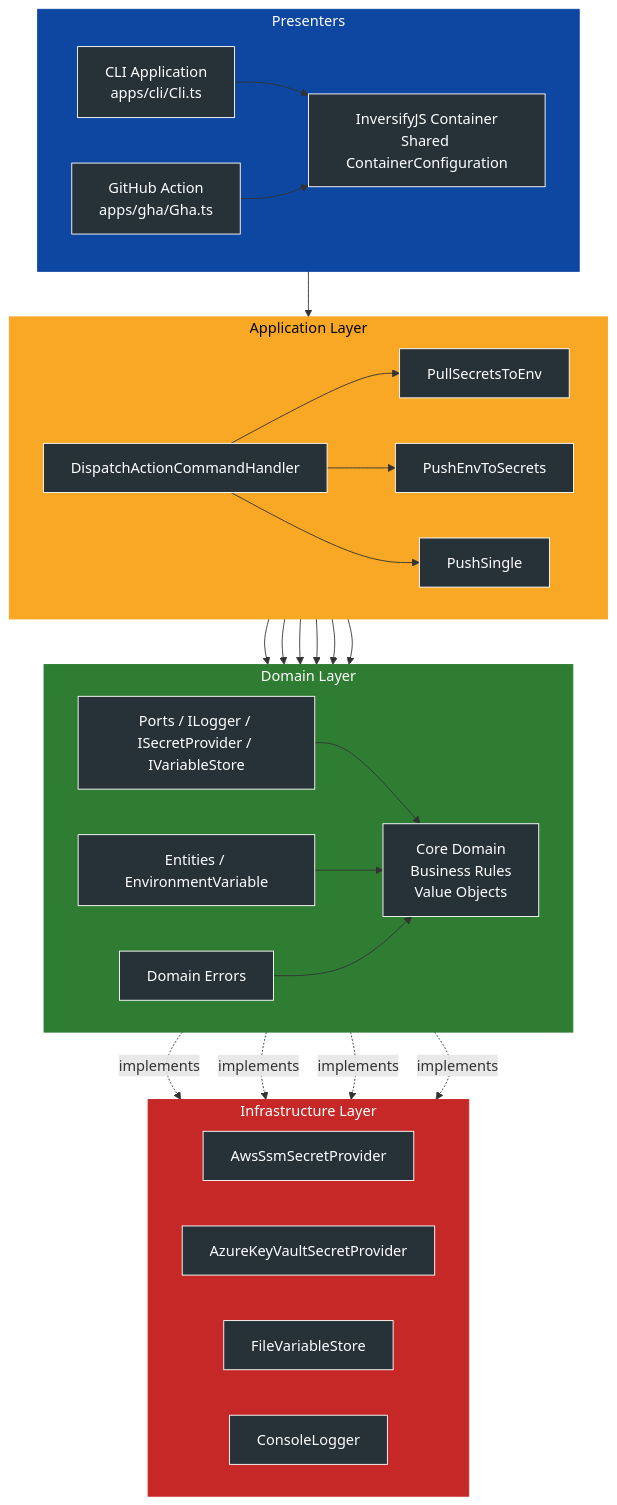
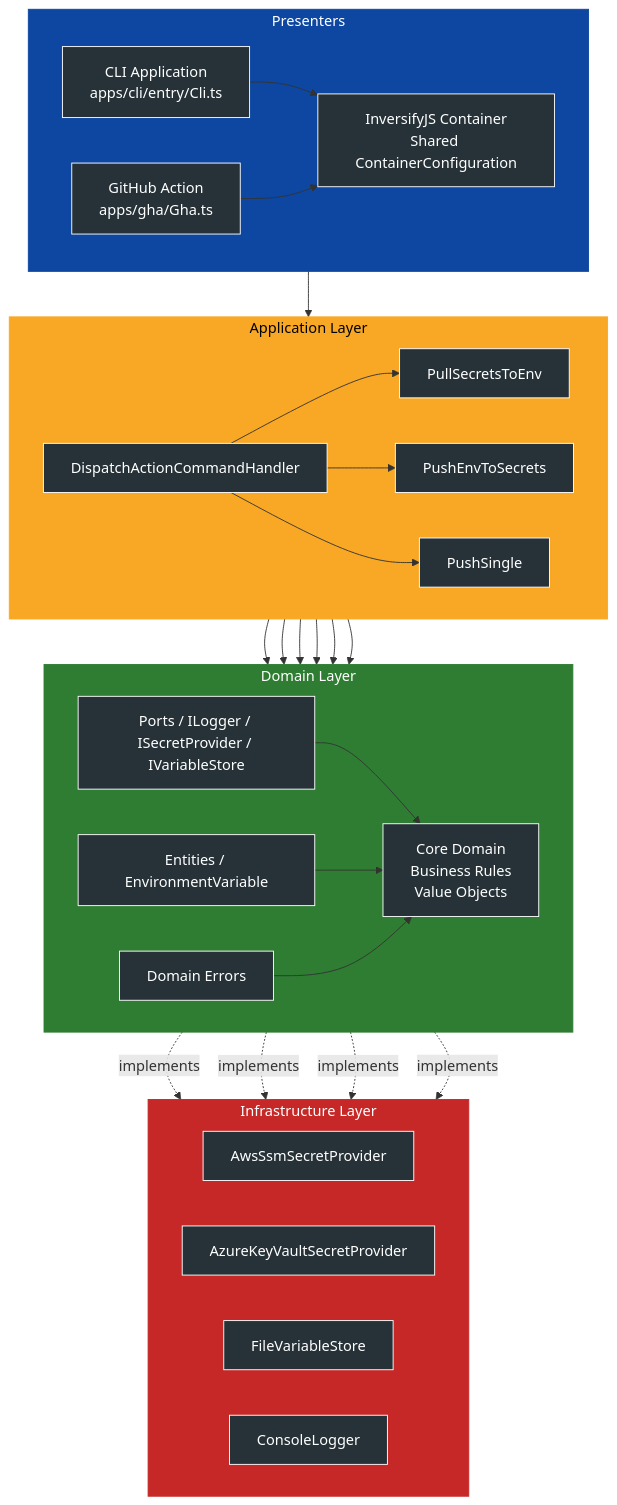
One commit to macalbert/envilder changed the first of 6 diagrams in docs/architecture/README.md. Above: the diagram before and after it, drawn with Mermaid. The commit also changed 14 other files, not shown here.

First line of the commit message:
refactor(cli): reorganize apps/cli into entry, bootstrap, errors, recovery

````diff
--- a/docs/architecture/README.md
+++ b/docs/architecture/README.md
@@ -20,80 +20,80 @@
 ```mermaid
 flowchart TB
 
 %% ==== STYLES ====
 classDef node fill:#263238,stroke:#FFFFFF,color:#FFFFFF;
 
 %% ================= INFRASTRUCTURE LAYER (RED BG) =================
 subgraph INFRA["Infrastructure Layer"]
     direction LR
     AWS[AwsSsmSecretProvider]
     AZURE[AzureKeyVaultSecretProvider]
     FILE[FileVariableStore]
     LOG[ConsoleLogger]
 end
 class AWS,AZURE,FILE,LOG node
 style INFRA fill:#C62828,stroke:#C62828,color:#FFFFFF
 
 %% ================= APPLICATION LAYER (YELLOW BG) =================
 subgraph APP["Application Layer"]
     direction LR
     DISPATCH[DispatchActionCommandHandler]
     PULL[PullSecretsToEnv]
     PUSH[PushEnvToSecrets]
     SINGLE[PushSingle]
 end
 class DISPATCH,PULL,PUSH,SINGLE node
 style APP fill:#F9A825,stroke:#F9A825,color:#000000
 
 %% ================= DOMAIN LAYER (GREEN BG, WITH CORE) =================
 subgraph DOMAIN["Domain Layer"]
     direction LR
     PORTS[Ports / ILogger / ISecretProvider / IVariableStore]
     ERR[Domain Errors]
     ENT[Entities / EnvironmentVariable]
     CORE[Core Domain<br/>Business Rules<br/>Value Objects]
 end
 class PORTS,ERR,ENT,CORE node
 style DOMAIN fill:#2E7D32,stroke:#2E7D32,color:#FFFFFF
 
 %% ================= PRESENTERS + DI (BLUE BG) =================
 subgraph PRESENTERS["Presenters"]
     direction LR
-    CLI[CLI Application<br/>apps/cli/Cli.ts]
+    CLI[CLI Application<br/>apps/cli/entry/Cli.ts]
     GHA[GitHub Action<br/>apps/gha/Gha.ts]
     DI[InversifyJS Container<br/>Shared ContainerConfiguration]
 end
 class CLI,GHA,DI node
 style PRESENTERS fill:#0D47A1,stroke:#0D47A1,color:#FFFFFF
 
 %% ================= FLOWS =================
 
 %% Presenters → DI → App
 CLI --> DI
 GHA --> DI
 DI --> DISPATCH
 
 %% App → Domain
 DISPATCH --> PULL
 DISPATCH --> PUSH
 DISPATCH --> SINGLE
 
 PULL --> PORTS
 PUSH --> PORTS
 SINGLE --> PORTS
 
 PULL --> ENT
 PUSH --> ENT
 SINGLE --> ENT
 
 %% Domain → Core
 PORTS --> CORE
 ENT --> CORE
 ERR --> CORE
 
 %% Infra → Domain (implement ports)
 PORTS -.implements.-> AWS
 PORTS -.implements.-> AZURE
 PORTS -.implements.-> FILE
 PORTS -.implements.-> LOG
 ```
````
